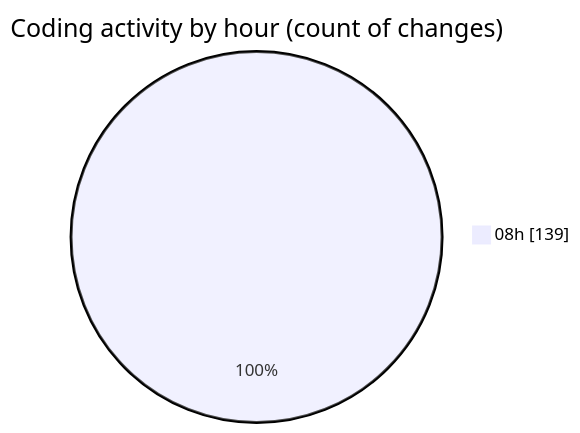
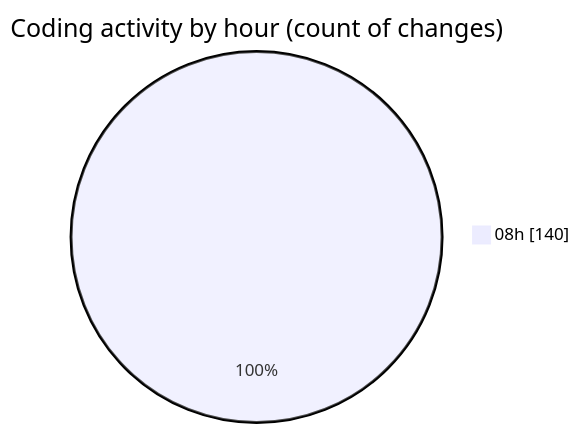
The second of 2 diagrams in 2025-01-09/zeytoon/README.md (vahidmafi/code-tracking), drawn with Mermaid before and after one commit. The commit also changed other lines of this file and 1 other file, not shown here.

````diff
--- a/2025-01-09/zeytoon/README.md
+++ b/2025-01-09/zeytoon/README.md
@@ -169,5 +170,5 @@
 ```mermaid
 pie showData
 title Coding activity by hour (count of changes)
-"08h" : 139
+"08h" : 140
 ```
````
